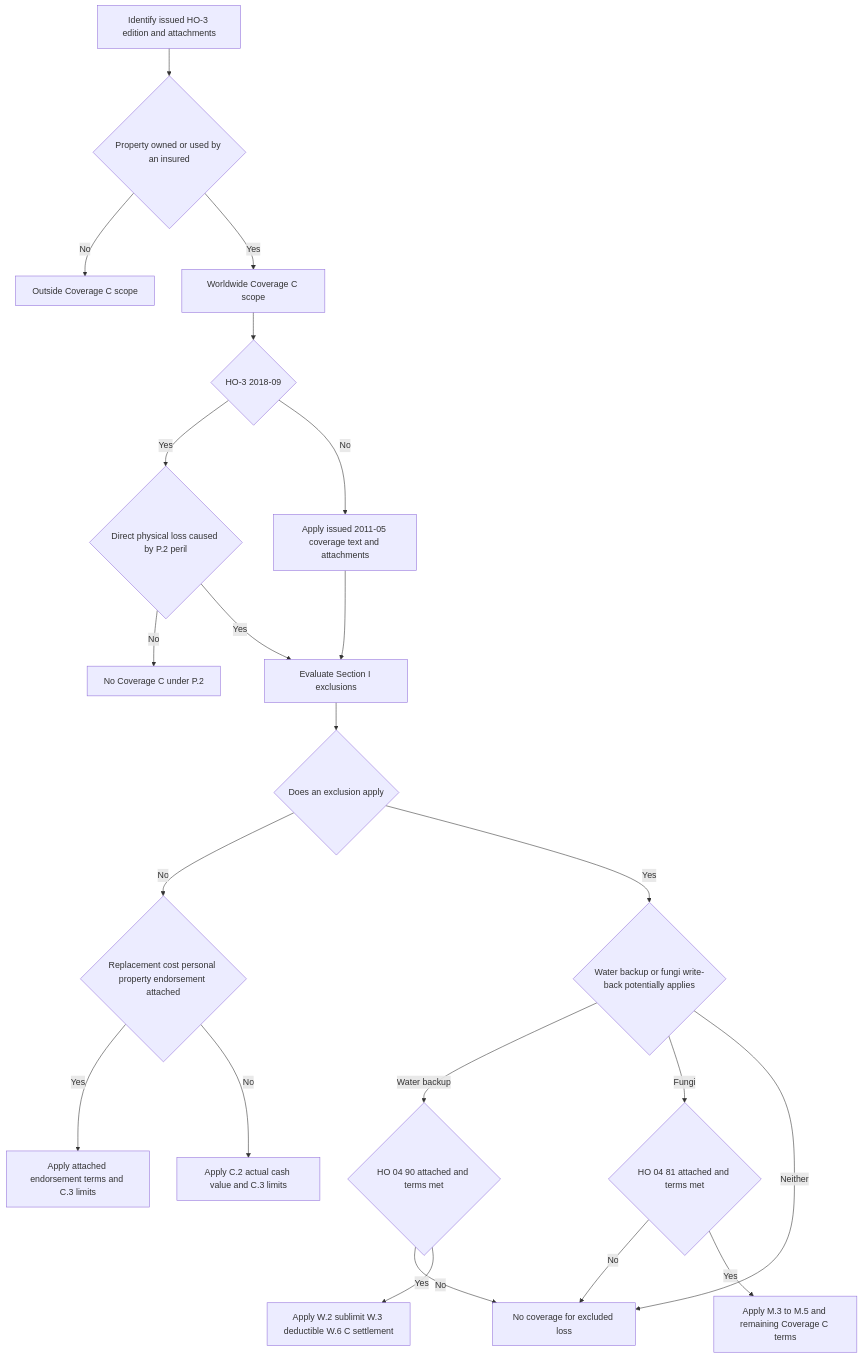
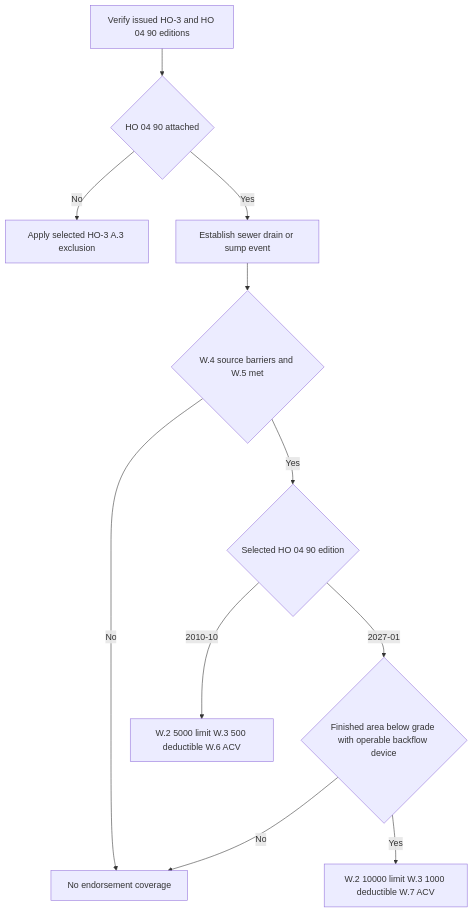
Before and after one commit to eugeneliu-86/openwiki-insurance-corpus: the diagram in openwiki/coverage/coverage-c/personal-property.md, drawn with Mermaid. The commit also changed other lines of this file and 25 other files, not shown here.

````diff
--- a/openwiki/coverage/coverage-c/personal-property.md
+++ b/openwiki/coverage/coverage-c/personal-property.md
@@ -82,24 +58,13 @@
 ```mermaid
 flowchart TD
-    Start["Identify issued HO-3 edition and attachments"] --> Property{"Property owned or used by an insured"}
-    Property -- No --> Outside["Outside Coverage C scope"]
-    Property -- Yes --> Location["Worldwide Coverage C scope"]
-    Location --> Edition{"HO-3 2018-09"}
-    Edition -- Yes --> Peril{"Direct physical loss caused by P.2 peril"}
-    Peril -- No --> NoPeril["No Coverage C under P.2"]
-    Peril -- Yes --> Exclusions["Evaluate Section I exclusions"]
-    Edition -- No --> Legacy["Apply issued 2011-05 coverage text and attachments"]
-    Legacy --> Exclusions
-    Exclusions --> Excluded{"Does an exclusion apply"}
-    Excluded -- No --> Standard{"Replacement cost personal property endorsement attached"}
-    Standard -- Yes --> RCTerms["Apply attached endorsement terms and C.3 limits"]
-    Standard -- No --> ACV["Apply C.2 actual cash value and C.3 limits"]
-    Excluded -- Yes --> Writeback{"Water backup or fungi write-back potentially applies"}
-    Writeback -- Water backup --> Water{"HO 04 90 attached and terms met"}
-    Water -- No --> NoWriteback["No coverage for excluded loss"]
-    Water -- Yes --> WaterTerms["Apply W.2 sublimit W.3 deductible W.6 C settlement"]
-    Writeback -- Fungi --> Fungi{"HO 04 81 attached and terms met"}
-    Fungi -- No --> NoWriteback
-    Fungi -- Yes --> FungiTerms["Apply M.3 to M.5 and remaining Coverage C terms"]
-    Writeback -- Neither --> NoWriteback
+    Record["Verify issued HO-3 and HO 04 90 editions"] --> Attachment{"HO 04 90 attached"}
+    Attachment -- "No" --> Base["Apply selected HO-3 A.3 exclusion"]
+    Attachment -- "Yes" --> Source["Establish sewer drain or sump event"]
+    Source --> Barriers{"W.4 source barriers and W.5 met"}
+    Barriers -- "No" --> NoCoverage["No endorsement coverage"]
+    Barriers -- "Yes" --> Edition{"Selected HO 04 90 edition"}
+    Edition -- "2010-10" --> OldTerms["W.2 5000 limit W.3 500 deductible W.6 ACV"]
+    Edition -- "2027-01" --> Device{"Finished area below grade with operable backflow device"}
+    Device -- "No" --> NoCoverage
+    Device -- "Yes" --> NewTerms["W.2 10000 limit W.3 1000 deductible W.7 ACV"]
 ```
````
